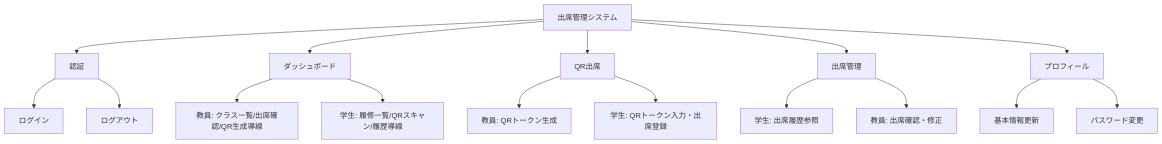
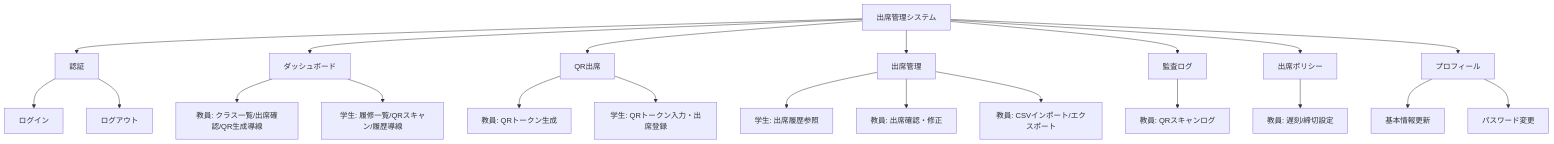
One commit to syusyusyusyu/Attendance changed the first of 7 diagrams in 仕様書.md. Above: the diagram before and after it, drawn with Mermaid. The commit also changed other lines of this file and 21 other files, not shown here.

````diff
--- a/仕様書.md
+++ b/仕様書.md
@@ -14,19 +14,24 @@
 ```mermaid
 flowchart TB
   A[出席管理システム]
   A --> B[認証]
   B --> B1[ログイン]
   B --> B2[ログアウト]
   A --> C[ダッシュボード]
   C --> C1[教員: クラス一覧/出席確認/QR生成導線]
   C --> C2[学生: 履修一覧/QRスキャン/履歴導線]
   A --> D[QR出席]
   D --> D1[教員: QRトークン生成]
   D --> D2[学生: QRトークン入力・出席登録]
   A --> E[出席管理]
   E --> E1[学生: 出席履歴参照]
   E --> E2[教員: 出席確認・修正]
+  E --> E3[教員: CSVインポート/エクスポート]
+  A --> G[監査ログ]
+  G --> G1[教員: QRスキャンログ]
+  A --> H[出席ポリシー]
+  H --> H1[教員: 遅刻/締切設定]
   A --> F[プロフィール]
   F --> F1[基本情報更新]
   F --> F2[パスワード変更]
 ```
````
